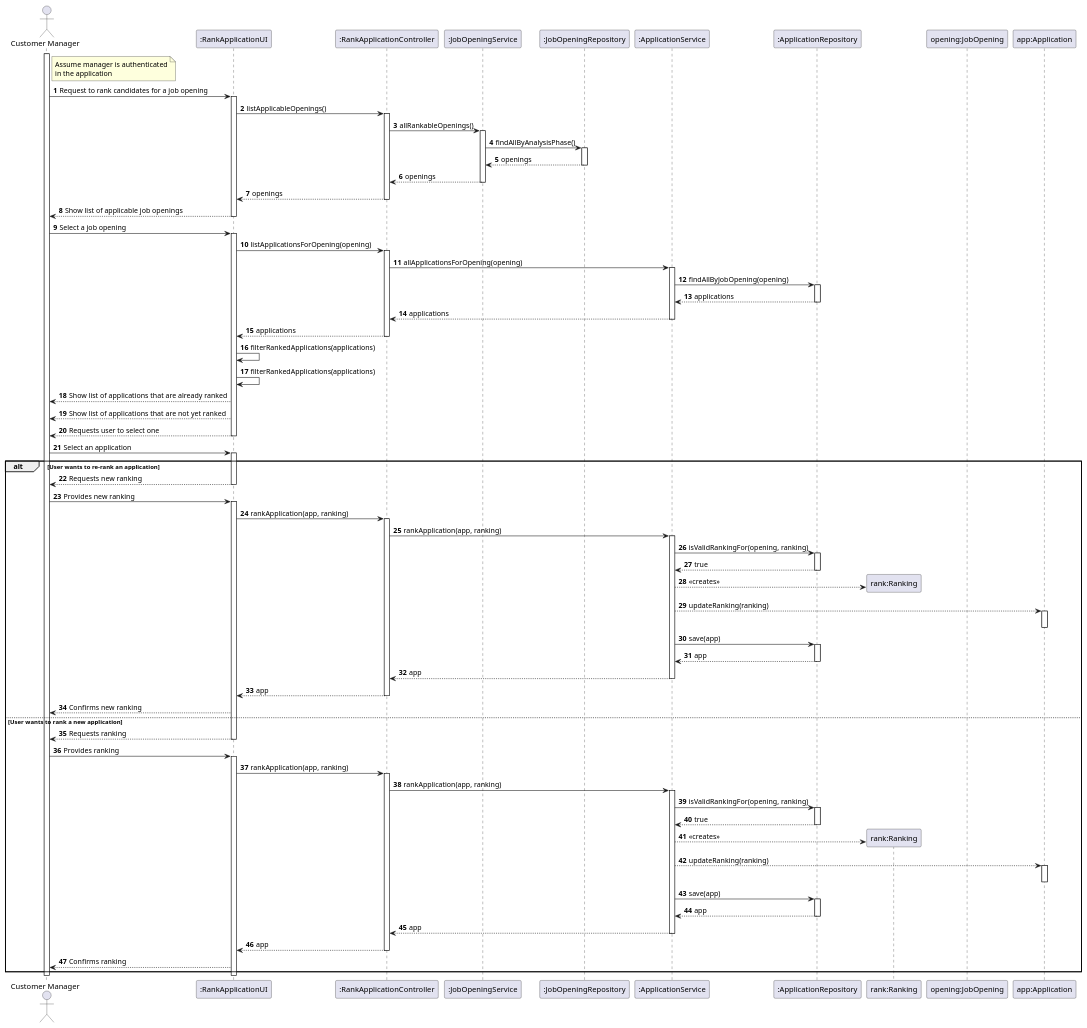
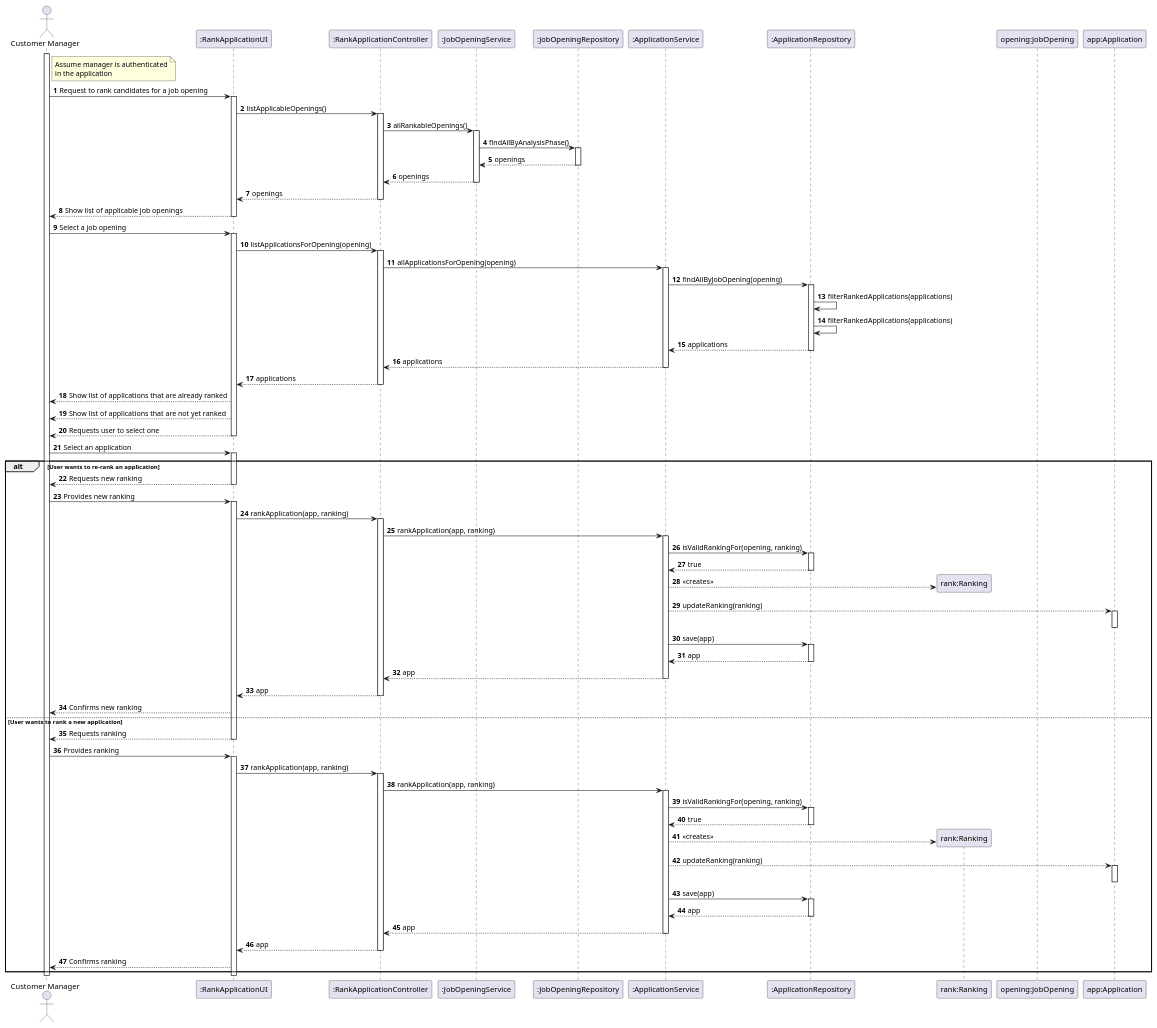
Before and after one commit to marcoferreira37/Lapr4: the diagram in docs/sprintC/1013/1013-sequence-diagram.puml, drawn with PlantUML. The commit also changed 5 other files, not shown here.

Commit message:
#44 Sequence-diagram and system-sequence-diagram updated

```diff
--- a/docs/sprintC/1013/1013-sequence-diagram.puml
+++ b/docs/sprintC/1013/1013-sequence-diagram.puml
@@ -1,124 +1,126 @@
 @startuml
 
 actor "Customer Manager" as Agent
 participant ":RankApplicationUI" as ui
 participant ":RankApplicationController" as ctrl
 participant ":JobOpeningService" as jobServ
 participant ":JobOpeningRepository" as jobRepo
 participant ":ApplicationService" as appServ
 participant ":ApplicationRepository" as appRepo
 participant "rank:Ranking" as rank
 participant "opening:JobOpening" as op
 participant "app:Application" as app
 
 
 
 autonumber
 
 note right of Agent
   Assume manager is authenticated
   in the application
 end note
 
 activate Agent
 
 Agent -> ui: Request to rank candidates for a job opening
 activate ui
 ui -> ctrl: listApplicableOpenings()
 activate ctrl
 ctrl -> jobServ: allRankableOpenings()
 activate jobServ
 jobServ -> jobRepo: findAllByAnalysisPhase()
 activate jobRepo
 jobRepo --> jobServ: openings
 deactivate
 jobServ --> ctrl: openings
 deactivate
 ctrl --> ui: openings
 deactivate
 ui --> Agent: Show list of applicable job openings
 deactivate
 Agent -> ui : Select a job opening
 activate ui
 ui -> ctrl: listApplicationsForOpening(opening)
 activate ctrl
 ctrl -> appServ: allApplicationsForOpening(opening)
 activate appServ
 appServ -> appRepo: findAllByJobOpening(opening)
 activate appRepo
+appRepo -> appRepo : filterRankedApplications(applications)
+appRepo -> appRepo : filterRankedApplications(applications)
+
 appRepo --> appServ: applications
 deactivate
 appServ --> ctrl: applications
 deactivate
 ctrl --> ui: applications
 deactivate
-ui -> ui : filterRankedApplications(applications)
-ui -> ui : filterRankedApplications(applications)
+
 ui --> Agent : Show list of applications that are already ranked
 ui --> Agent : Show list of applications that are not yet ranked
 ui --> Agent : Requests user to select one
 deactivate
 Agent -> ui : Select an application
 activate ui
 alt User wants to re-rank an application
 ui --> Agent : Requests new ranking
 deactivate
 Agent -> ui : Provides new ranking
 activate ui
 ui -> ctrl : rankApplication(app, ranking)
 activate ctrl
 ctrl -> appServ : rankApplication(app, ranking)
 activate appServ
 appServ -> appRepo : isValidRankingFor(opening, ranking)
 activate appRepo
 appRepo --> appServ : true
 deactivate
 appServ --> rank** : «creates»
 appServ --> app : updateRanking(ranking)
 activate app
 deactivate
 
 appServ -> appRepo : save(app)
 activate appRepo
 appRepo --> appServ : app
 deactivate
 appServ --> ctrl : app
 deactivate
 ctrl --> ui : app
 deactivate
 ui --> Agent  : Confirms new ranking
 
 else User wants to rank a new application
 ui --> Agent : Requests ranking
 deactivate
 Agent -> ui : Provides ranking
 activate ui
 ui -> ctrl : rankApplication(app, ranking)
 activate ctrl
 ctrl -> appServ : rankApplication(app, ranking)
 activate appServ
 appServ -> appRepo : isValidRankingFor(opening, ranking)
 activate appRepo
 appRepo --> appServ : true
 deactivate
 appServ --> rank** : «creates»
 appServ --> app : updateRanking(ranking)
 activate app
 deactivate
 
 appServ -> appRepo : save(app)
 activate appRepo
 appRepo --> appServ : app
 deactivate
 appServ --> ctrl : app
 deactivate
 ctrl --> ui : app
 deactivate
 ui --> Agent  : Confirms ranking
 end alt
 deactivate ui
 deactivate Agent
 
 
 
 @enduml
```
